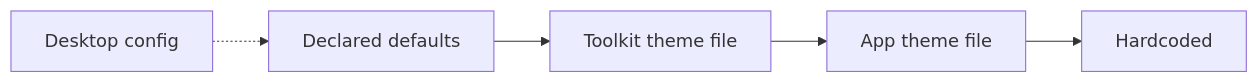
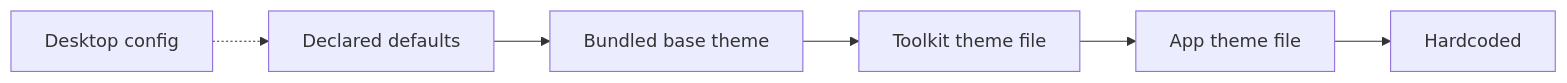
The diagram in docs/lib/theme-config.md (VaZark/iced-libadwaita), drawn with Mermaid before and after one commit. The commit also changed other lines of this file and 10 other files, not shown here.

Commit message:
Add a default base theme

````diff
--- a/docs/lib/theme-config.md
+++ b/docs/lib/theme-config.md
@@ -19,7 +31,8 @@
 ```mermaid
 flowchart LR
-    D["Declared defaults"] --> T["Toolkit theme file"]
+    D["Declared defaults"] --> B["Bundled base theme"]
+    B --> T["Toolkit theme file"]
     T --> A["App theme file"]
     A --> H["Hardcoded"]
     DC["Desktop config"] -.-> D
 ```
````
